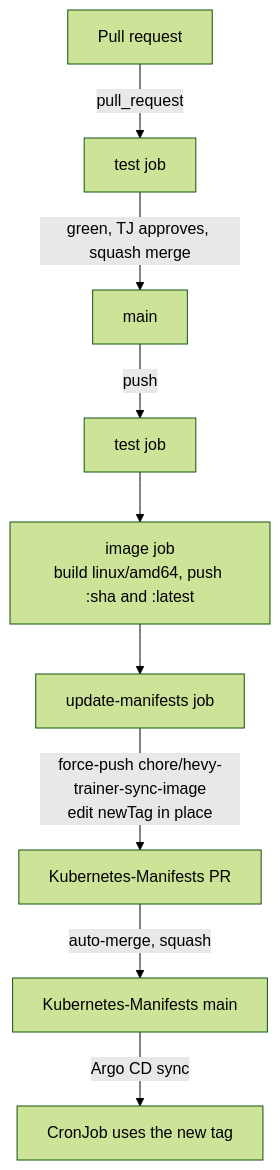
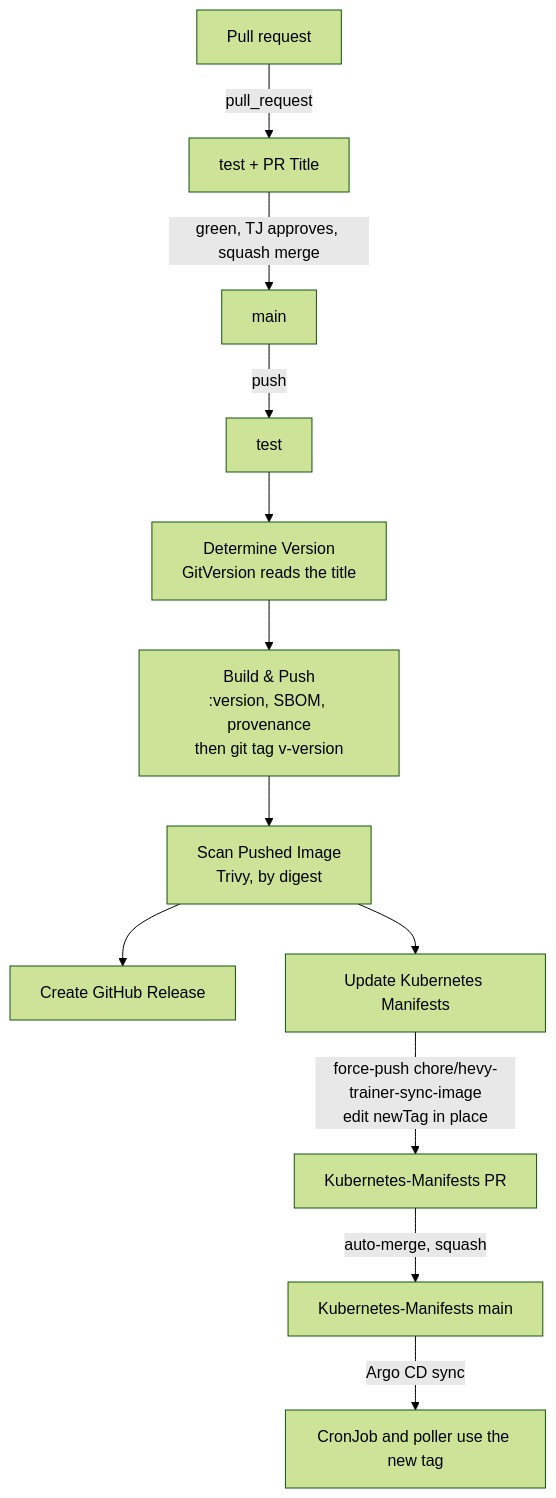
One commit to zimmertr/hevy-trainer-sync changed the diagram in docs/CICD.md. Above: the diagram before and after it, drawn with Mermaid (forest theme). The commit also changed other lines of this file and 21 other files, not shown here.

````diff
--- a/docs/CICD.md
+++ b/docs/CICD.md
@@ -18,11 +33,14 @@
 ```mermaid
 flowchart TD
-    PR[Pull request] -->|pull_request| T[test job]
+    PR[Pull request] -->|pull_request| T[test + PR Title]
     T -->|green, TJ approves, squash merge| M[main]
-    M -->|push| T2[test job]
-    T2 --> I[image job<br/>build linux/amd64, push :sha and :latest]
-    I --> U[update-manifests job]
+    M -->|push| T2[test]
+    T2 --> V[Determine Version<br/>GitVersion reads the title]
+    V --> B[Build & Push<br/>:version, SBOM, provenance<br/>then git tag v-version]
+    B --> S[Scan Pushed Image<br/>Trivy, by digest]
+    S --> R[Create GitHub Release]
+    S --> U[Update Kubernetes Manifests]
     U -->|force-push chore/hevy-trainer-sync-image<br/>edit newTag in place| KPR[Kubernetes-Manifests PR]
     KPR -->|auto-merge, squash| KM[Kubernetes-Manifests main]
-    KM -->|Argo CD sync| C[CronJob uses the new tag]
+    KM -->|Argo CD sync| C[CronJob and poller use the new tag]
 ```
````
